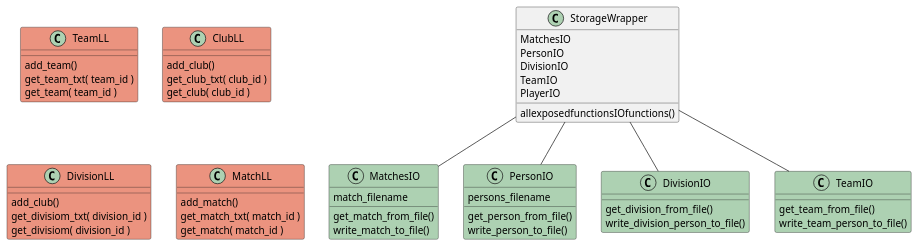
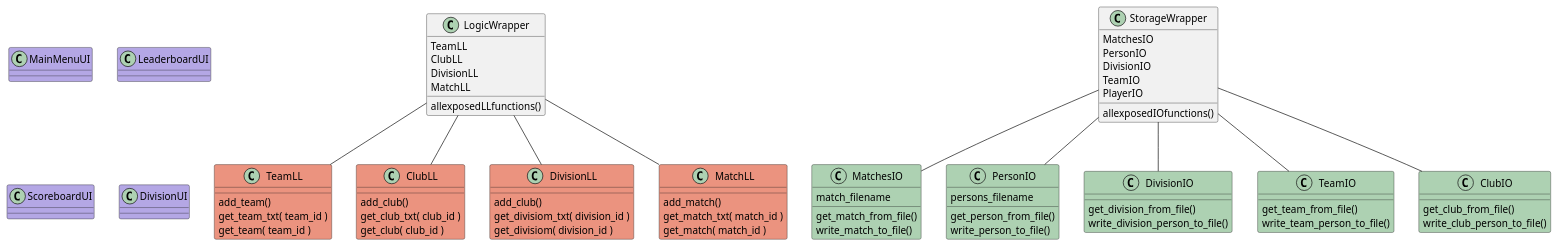
One commit to StankWizardLizard/VNL1-2022-HOPUR-28 changed the diagram in Honnun/ClassDiagram/threeLayer.puml. Above: the diagram before and after it, drawn with PlantUML.

Commit message:
added placeholder UI classes

```diff
--- a/Honnun/ClassDiagram/threeLayer.puml
+++ b/Honnun/ClassDiagram/threeLayer.puml
@@ -1,73 +1,91 @@
 @startuml
 
+class MainMenuUI  #B4a7e5
+class LeaderboardUI #B4a7e5
+class ScoreboardUI #B4a7e5
+class DivisionUI #B4a7e5
 
-
-
-
-
+class LogicWrapper{
+    TeamLL
+    ClubLL
+    DivisionLL
+    MatchLL
+    allexposedLLfunctions()
+}
 
 class TeamLL #EB937F{
     add_team()
     get_team_txt( team_id )
     get_team( team_id )
 }
 
 class ClubLL #EB937F {
     add_club()
     get_club_txt( club_id )
     get_club( club_id )
 }
 
 class DivisionLL #EB937F {
     add_club()
     get_divisiom_txt( division_id )
     get_divisiom( division_id )
 }
 
 class MatchLL #EB937F{
     add_match()
     get_match_txt( match_id )   
     get_match( match_id )   
 }
 
+LogicWrapper -- TeamLL
+LogicWrapper -- ClubLL
+LogicWrapper -- DivisionLL
+LogicWrapper -- MatchLL
+
 
 /'
 Storage layer
 '/
 class StorageWrapper{
     MatchesIO
     PersonIO
     DivisionIO
     TeamIO
     PlayerIO
-    allexposedfunctionsIOfunctions()
+    allexposedIOfunctions()
 
 }
 
 class MatchesIO #ADD1b2{
     match_filename
     get_match_from_file()
     write_match_to_file()
 
 }
 class PersonIO #ADD1b2{
     persons_filename
     get_person_from_file()
     write_person_to_file()
 
 }
 class DivisionIO #ADD1b2{
     get_division_from_file()
     write_division_person_to_file()
 }
 class TeamIO  #ADD1b2  {
     get_team_from_file()
     write_team_person_to_file()
 }
+class ClubIO  #ADD1b2 {
+    get_club_from_file()
+    write_club_person_to_file()
+
+}
 
 StorageWrapper -- MatchesIO
 StorageWrapper -- PersonIO
 StorageWrapper -- DivisionIO
 StorageWrapper -- TeamIO
+StorageWrapper -- ClubIO
 
 @enduml
```
